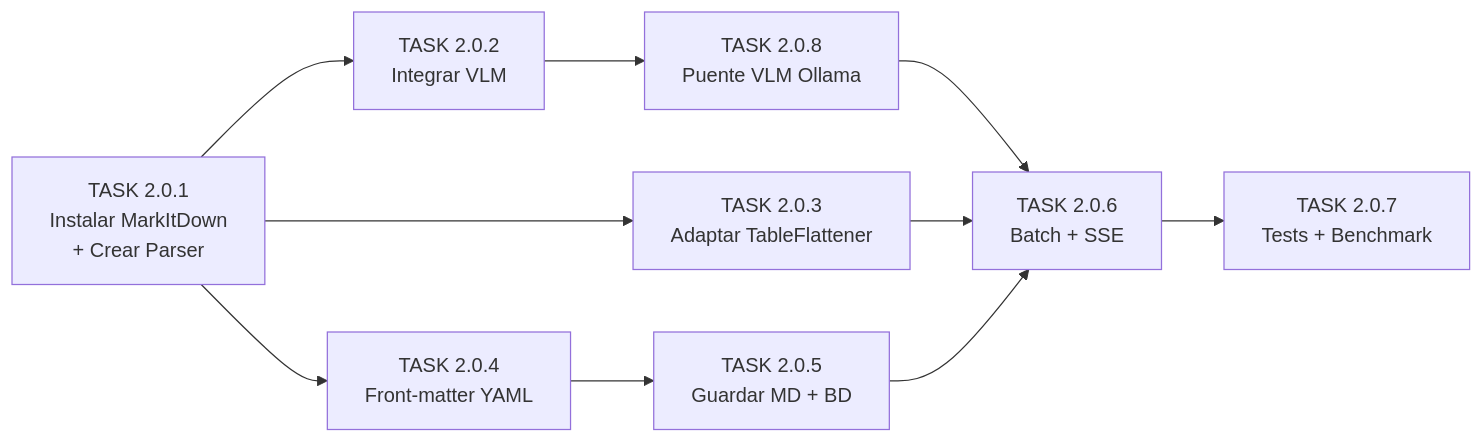
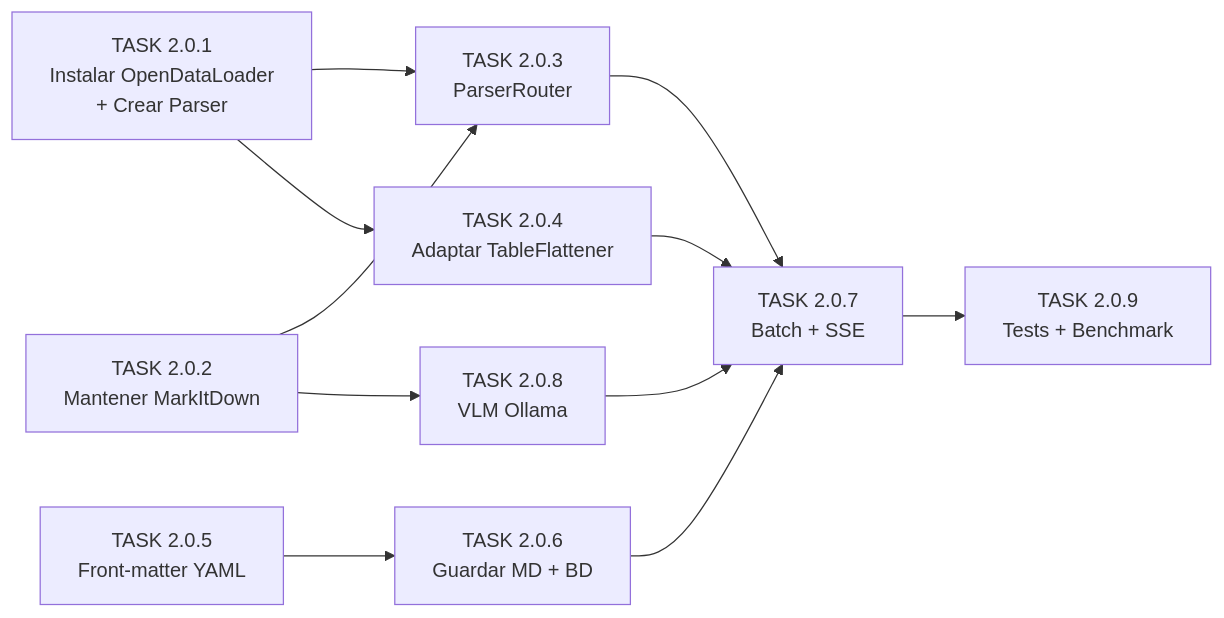
One commit to AlexPrietoRomani/AgriSearch changed the diagram in docs/process/tareas/task_2_0.md. Above: the diagram before and after it, drawn with Mermaid. The commit also changed other lines of this file, not shown here.

Commit message:
docs: actualiza tareas 2.0 para estrategia dual-parser OpenDataLoader + MarkItDown

````diff
--- a/docs/process/tareas/task_2_0.md
+++ b/docs/process/tareas/task_2_0.md
@@ -1120,12 +1123,13 @@
 ```mermaid
 graph LR
-    T1["TASK 2.0.1<br/>Instalar MarkItDown<br/>+ Crear Parser"] --> T2["TASK 2.0.2<br/>Integrar VLM"]
-    T1 --> T3["TASK 2.0.3<br/>Adaptar TableFlattener"]
-    T1 --> T4["TASK 2.0.4<br/>Front-matter YAML"]
-    T2 --> T8["TASK 2.0.8<br/>Puente VLM Ollama"]
-    T8 --> T6["TASK 2.0.6<br/>Batch + SSE"]
-    T3 --> T6
-    T4 --> T5["TASK 2.0.5<br/>Guardar MD + BD"]
-    T5 --> T6
-    T6 --> T7["TASK 2.0.7<br/>Tests + Benchmark"]
+    T1["TASK 2.0.1<br/>Instalar OpenDataLoader<br/>+ Crear Parser"] --> T3["TASK 2.0.3<br/>ParserRouter"]
+    T2["TASK 2.0.2<br/>Mantener MarkItDown"] --> T3
+    T1 --> T4["TASK 2.0.4<br/>Adaptar TableFlattener"]
+    T3 --> T7["TASK 2.0.7<br/>Batch + SSE"]
+    T4 --> T7
+    T5["TASK 2.0.5<br/>Front-matter YAML"] --> T6["TASK 2.0.6<br/>Guardar MD + BD"]
+    T6 --> T7
+    T2 --> T8["TASK 2.0.8<br/>VLM Ollama"]
+    T8 --> T7
+    T7 --> T9["TASK 2.0.9<br/>Tests + Benchmark"]
 ```
````
